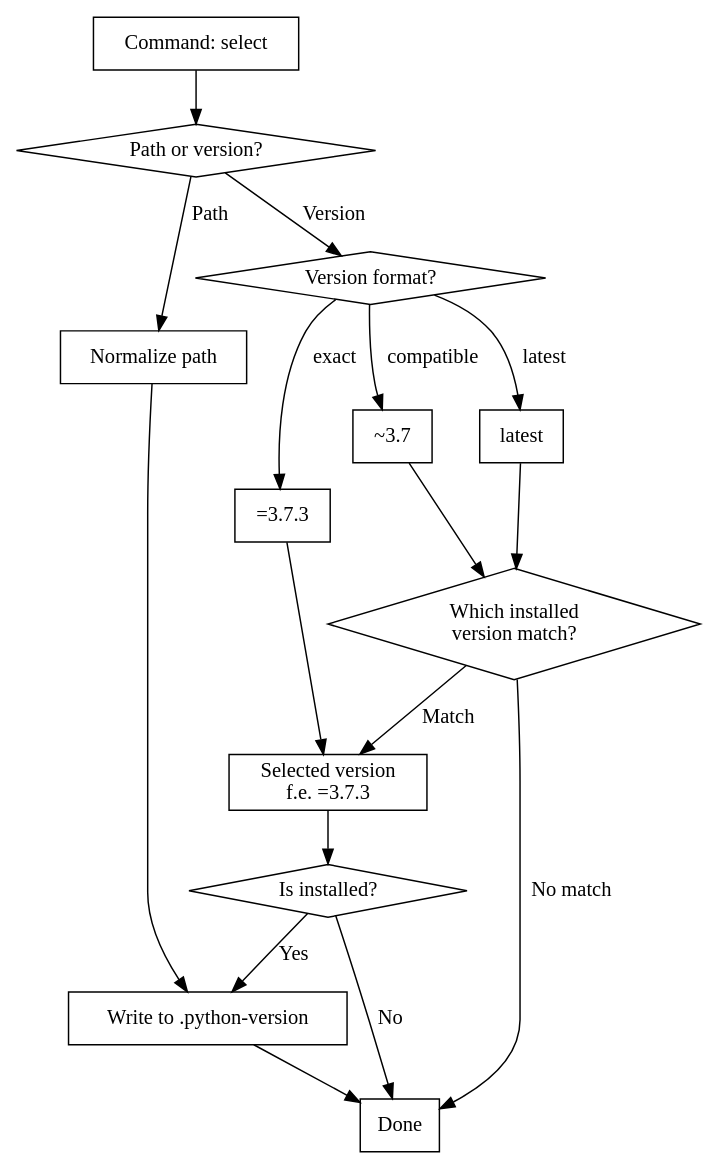
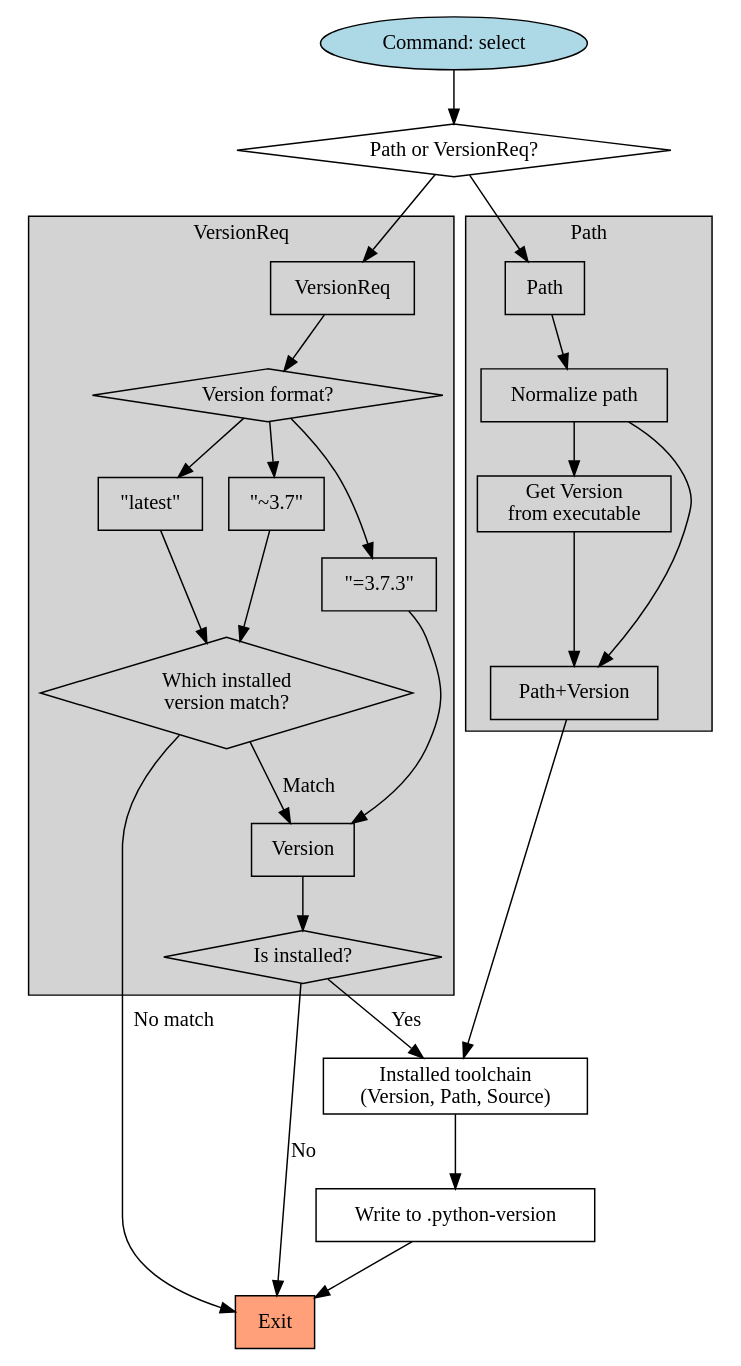
The diagram in graphviz/select.dot (nbigaouette/hygeia), drawn with Graphviz before and after one commit.

Commit message:
Refactored select state machines

```diff
--- a/graphviz/select.dot
+++ b/graphviz/select.dot
@@ -1,45 +1,68 @@
-// To generate a PNG version: dot -Tpng select.dot > select.png
-
-digraph select {
+digraph version {
     node [shape="rectangle"];
 
-    command_select [label="Command: select"];
+    exit [label="Exit", style="filled", fillcolor="lightsalmon"];
 
-    decision_path_or_version [label="Path or version?", shape="diamond"];
-    command_select -> decision_path_or_version;
+    command_select [label="Command: select", shape="oval", style="filled", fillcolor="lightblue"];
 
-    decision_path_or_version -> normalize_path [label="Path"];
-    decision_path_or_version -> decision_parse_version [label="Version"];
+    decision_path_or_versionreq [label="Path or VersionReq?", shape="diamond"];
+    write_file [label="Write to .python-version"];
+    installed_toolchain [label="Installed toolchain\n(Version, Path, Source)"];
 
-    normalize_path [label="Normalize path"];
-    normalize_path -> write_file;
+    subgraph cluster_path {
+        label = "Path";
+        style = "filled";
+        shape = "rectangle";
 
-    write_file [label="Write to .python-version"];
-    write_file -> done;
+        got_path [label="Path"];
+        normalize_path [label="Normalize path"];
+        get_version_from_path [label="Get Version\nfrom executable"];
+        combined_version_path [label="Path+Version"];
+    }
 
-    decision_parse_version [label="Version format?", shape="diamond"];
+    subgraph cluster_version_req {
+        label = "VersionReq";
+        style = "filled";
+        shape = "rectangle";
 
-    version_latest [label="latest"];
-    version_exact [label="=3.7.3"];
-    version_tilde [label="~3.7"];
-    decision_parse_version -> version_latest [label="latest"];
-    decision_parse_version -> version_exact [label="exact"];
-    decision_parse_version -> version_tilde [label="compatible"];
+        got_versionreq [label="VersionReq"];
+        decision_parse_version [label="Version format?", shape="diamond"];
+        version_latest [label="\"latest\""];
+        version_exact [label="\"=3.7.3\""];
+        version_tilde [label="\"~3.7\""];
+        decision_available_versions [label="Which installed\nversion match?", shape="diamond"];
+        version [label="Version"];
+        decision_is_installed [label="Is installed?", shape="diamond"];
+    }
 
-    decision_available_versions [label="Which installed\nversion match?", shape="diamond"];
-    version_tilde -> decision_available_versions;
-    version_latest -> decision_available_versions;
-    decision_available_versions -> version_selected [label="Match"];
-    decision_available_versions -> done [label="No match"];
+    // ========================================================
+    // Transitions
 
-    version_selected [label = "Selected version\nf.e. =3.7.3"];
-    version_exact -> version_selected;
+    command_select -> decision_path_or_versionreq;
 
-    decision_is_installed [label="Is installed?", shape="diamond"];
-    version_selected -> decision_is_installed;
+    decision_path_or_versionreq -> got_versionreq;
+    decision_path_or_versionreq -> got_path;
+    got_path -> normalize_path;
+    normalize_path -> get_version_from_path;
+    get_version_from_path -> combined_version_path;
+    normalize_path -> combined_version_path;
+    combined_version_path -> installed_toolchain
 
-    decision_is_installed -> write_file [label="Yes"];
-    decision_is_installed -> done [label="No"];
+    got_versionreq -> decision_parse_version;
 
-    done [label="Done"];
+    decision_parse_version -> version_latest;
+    decision_parse_version -> version_exact;
+    decision_parse_version -> version_tilde;
+    version_tilde -> decision_available_versions
+    version_latest -> decision_available_versions
+    version_exact -> version;
+    decision_available_versions -> version [label="Match"];
+    decision_available_versions -> exit [label="No match"];
+    version -> decision_is_installed;
+    decision_is_installed -> installed_toolchain [label="Yes"];
+    decision_is_installed -> exit [label="No"];
+
+    installed_toolchain -> write_file;
+
+    write_file -> exit;
 }
```
